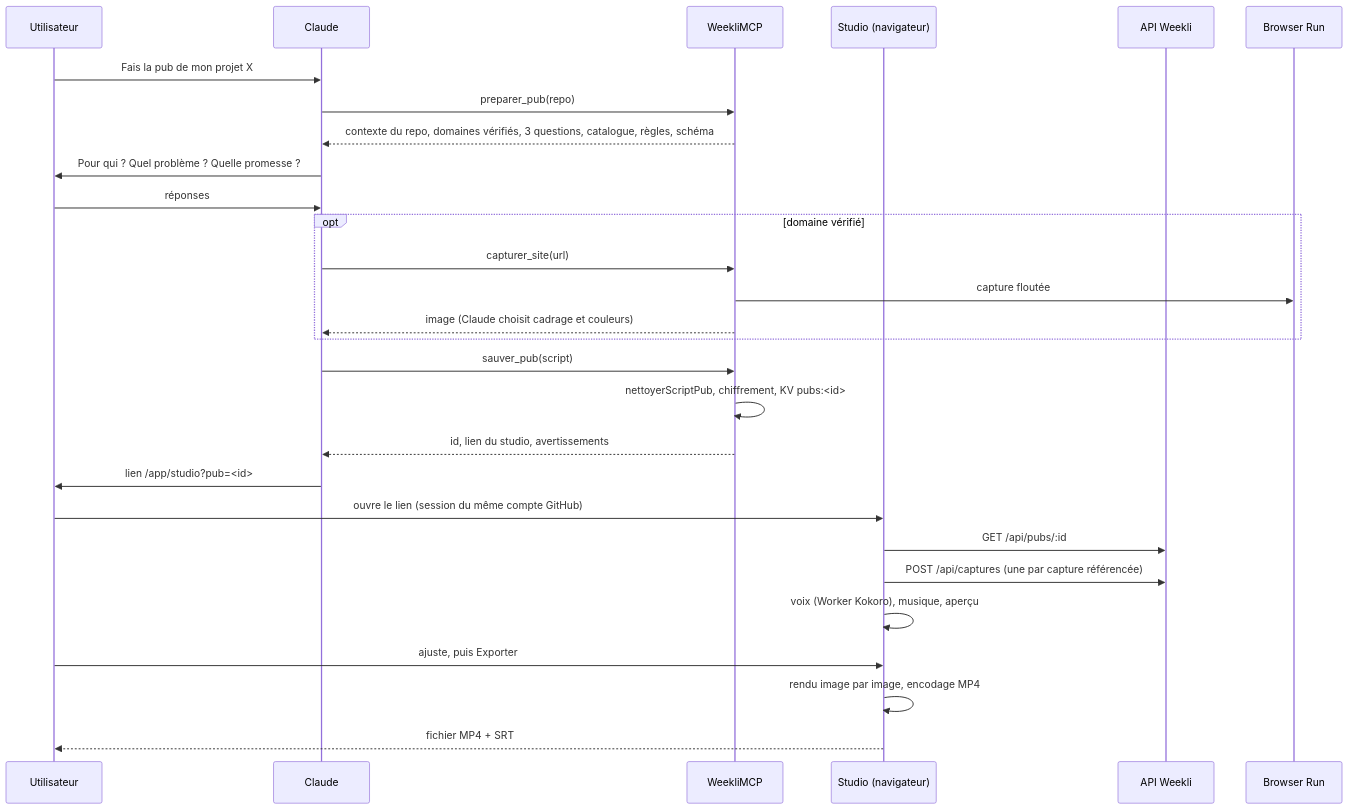
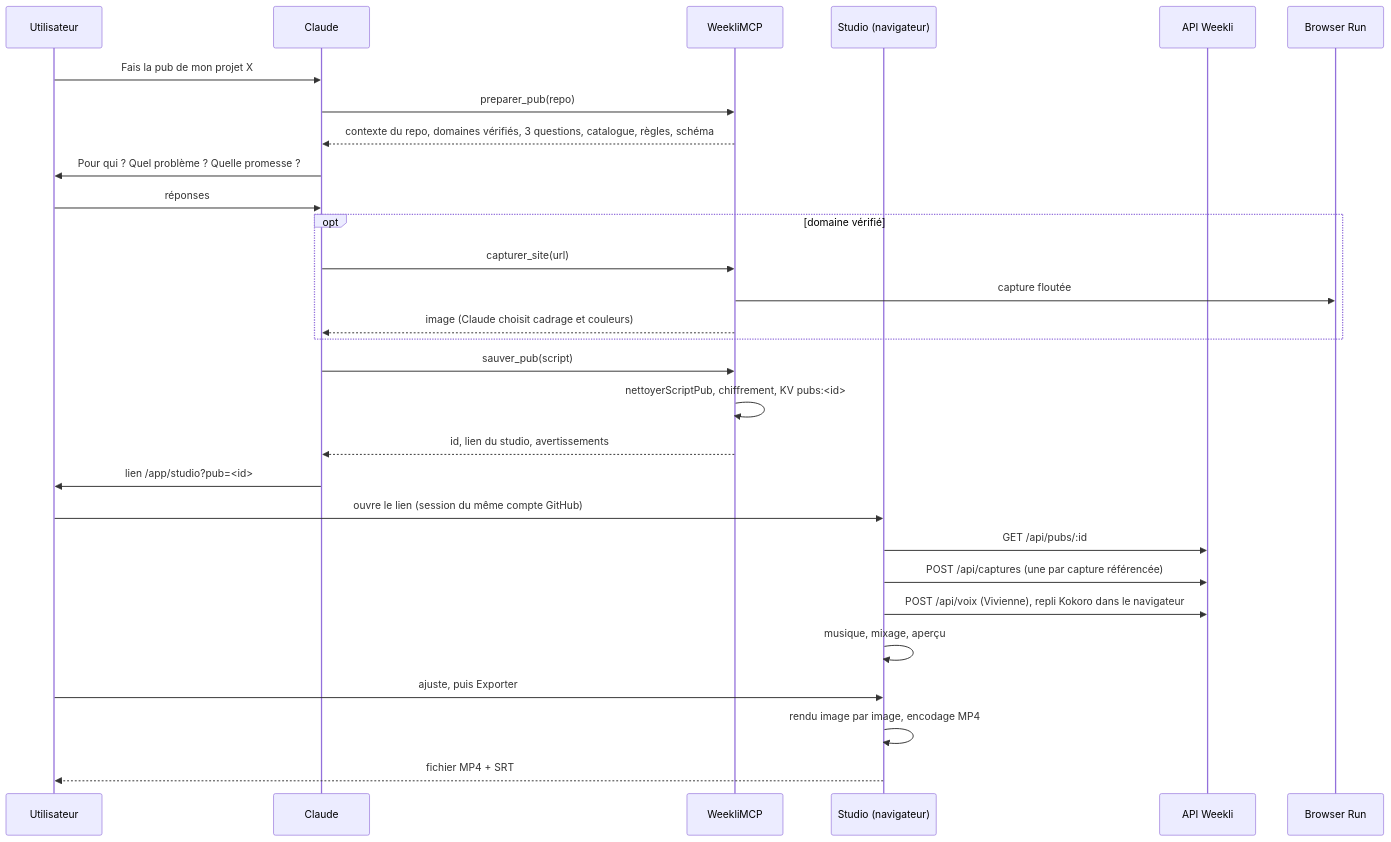
The sixth of 8 diagrams in docs/architecture.md (Souf-F/weekli), drawn with Mermaid before and after one commit. The commit also changed other lines of this file and 13 other files, not shown here.

First line of the commit message:
docs: align readmes, roadmap, architecture and install guide with the code

````diff
--- a/docs/architecture.md
+++ b/docs/architecture.md
@@ -279,31 +257,32 @@
 ```mermaid
 sequenceDiagram
     participant U as Utilisateur
     participant C as Claude
     participant M as WeekliMCP
     participant S as Studio (navigateur)
     participant A as API Weekli
     participant B as Browser Run
 
     U->>C: Fais la pub de mon projet X
     C->>M: preparer_pub(repo)
     M-->>C: contexte du repo, domaines vérifiés, 3 questions, catalogue, règles, schéma
     C->>U: Pour qui ? Quel problème ? Quelle promesse ?
     U->>C: réponses
     opt domaine vérifié
         C->>M: capturer_site(url)
         M->>B: capture floutée
         M-->>C: image (Claude choisit cadrage et couleurs)
     end
     C->>M: sauver_pub(script)
     M->>M: nettoyerScriptPub, chiffrement, KV pubs:<id>
     M-->>C: id, lien du studio, avertissements
     C->>U: lien /app/studio?pub=<id>
     U->>S: ouvre le lien (session du même compte GitHub)
     S->>A: GET /api/pubs/:id
     S->>A: POST /api/captures (une par capture référencée)
-    S->>S: voix (Worker Kokoro), musique, aperçu
+    S->>A: POST /api/voix (Vivienne), repli Kokoro dans le navigateur
+    S->>S: musique, mixage, aperçu
     U->>S: ajuste, puis Exporter
     S->>S: rendu image par image, encodage MP4
     S-->>U: fichier MP4 + SRT
 ```
````
